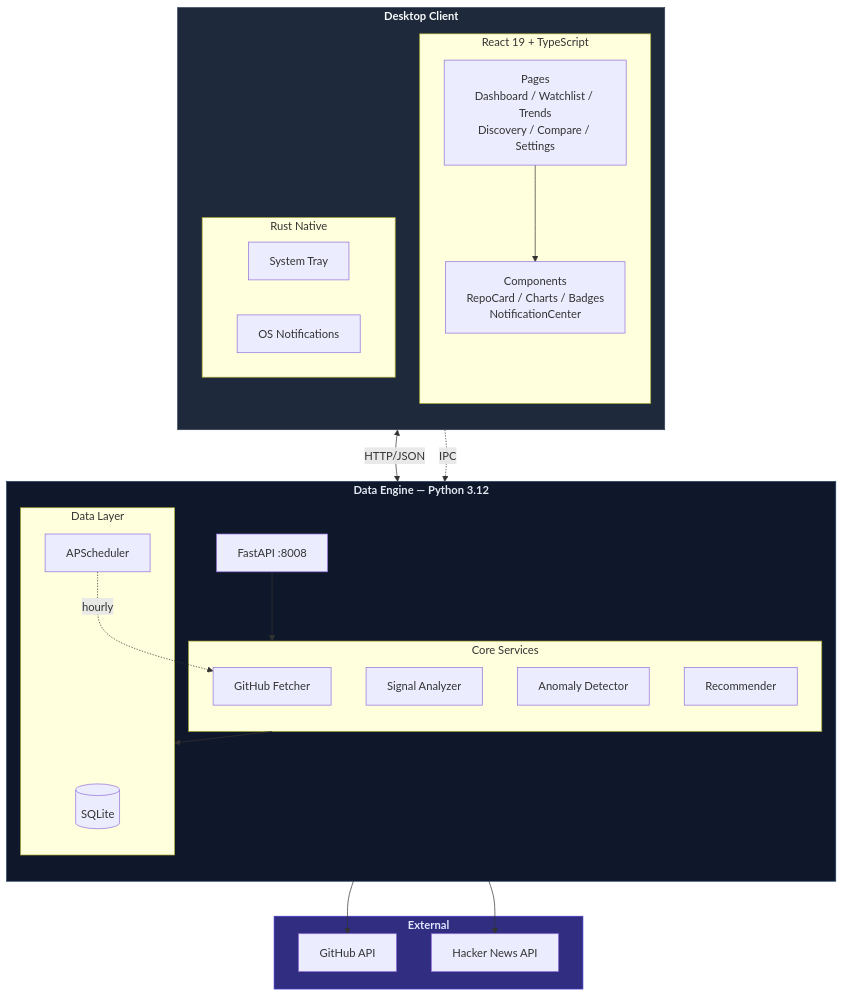
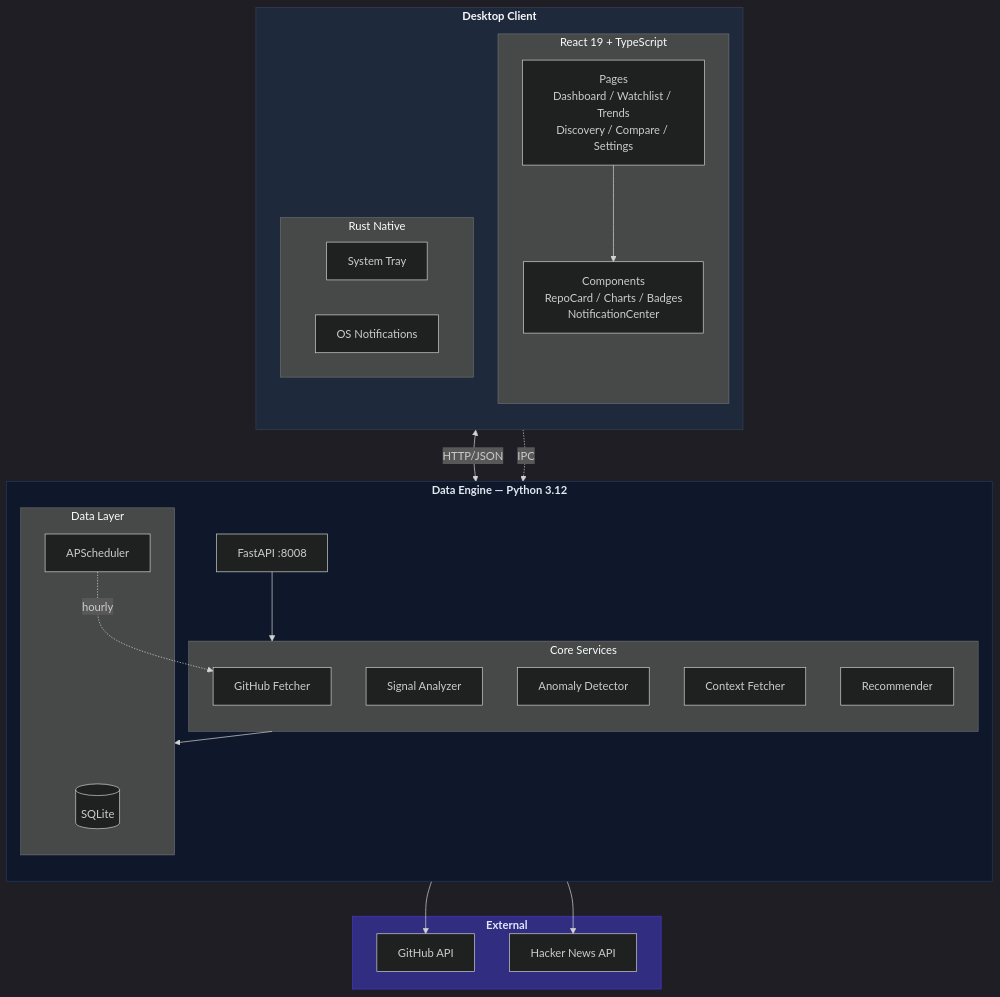
Before and after one commit to Neal75418/StarScope: the second of 2 diagrams in README.md, drawn with Mermaid. The commit also changed other lines of this file and 1 other file, not shown here.

````diff
--- a/README.md
+++ b/README.md
@@ -78,52 +78,54 @@
 ```mermaid
+%%{init: {'theme': 'dark'}}%%
 graph TB
     subgraph Desktop["Desktop Client"]
         direction TB
         subgraph UI["React 19 + TypeScript"]
             Pages["Pages\nDashboard / Watchlist / Trends\nDiscovery / Compare / Settings"]
             Components["Components\nRepoCard / Charts / Badges\nNotificationCenter"]
         end
         subgraph Native["Rust Native"]
             Tray["System Tray"]
             Notify["OS Notifications"]
         end
         Pages --> Components
     end
 
     subgraph Engine["Data Engine — Python 3.12"]
         direction TB
         API["FastAPI :8008"]
         subgraph Services["Core Services"]
             Fetch["GitHub Fetcher"]
             Analyze["Signal Analyzer"]
             Detect["Anomaly Detector"]
+            Context["Context Fetcher"]
             Recommend["Recommender"]
         end
         subgraph Data["Data Layer"]
             DB[("SQLite")]
             Sched["APScheduler"]
         end
         API --> Services
         Services --> Data
         Sched -.->|hourly| Fetch
     end
 
     subgraph Ext["External"]
         GH["GitHub API"]
         HN["Hacker News API"]
     end
 
     Components <-->|HTTP/JSON| API
     Native -.->|IPC| API
     Fetch --> GH
-    Analyze --> HN
+    Context --> HN
 
     classDef desktop fill:#1e293b,stroke:#334155,color:#f8fafc,font-weight:bold
     classDef engine fill:#0f172a,stroke:#1e3a5f,color:#e2e8f0,font-weight:bold
     classDef ext fill:#312e81,stroke:#4338ca,color:#e0e7ff,font-weight:bold
     classDef node_default fill:#1e40af,stroke:#1d4ed8,color:#fff
 
     class Desktop desktop
     class Engine engine
     class Ext ext
 ```
````
